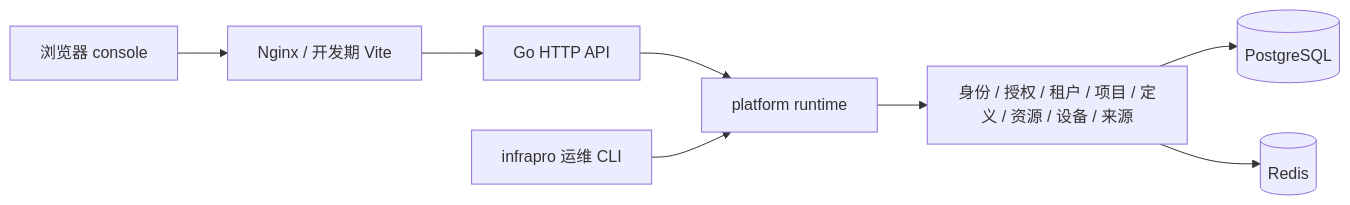
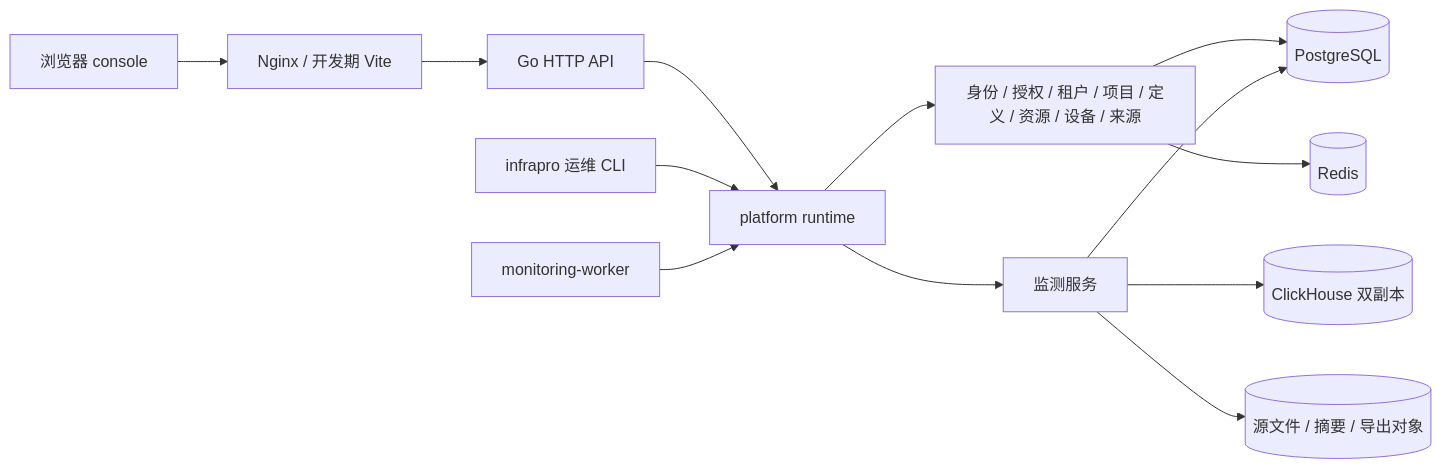
One commit to WenshuaiDev/InfraPro changed the first of 5 diagrams in docs/architecture.md. Above: the diagram before and after it, drawn with Mermaid. The commit also changed other lines of this file and 190 other files, not shown here.

````diff
--- a/docs/architecture.md
+++ b/docs/architecture.md
@@ -13,10 +13,15 @@
 ```mermaid
 flowchart LR
     User[浏览器 console] --> Web[Nginx / 开发期 Vite]
     Web --> API[Go HTTP API]
     API --> Runtime[platform runtime]
     CLI[infrapro 运维 CLI] --> Runtime
     Runtime --> Business[身份 / 授权 / 租户 / 项目 / 定义 / 资源 / 设备 / 来源]
     Business --> PG[(PostgreSQL)]
     Business --> Redis[(Redis)]
+    Worker[monitoring-worker] --> Runtime
+    Runtime --> Monitoring[监测服务]
+    Monitoring --> PG
+    Monitoring --> CH[(ClickHouse 双副本)]
+    Monitoring --> S3[(源文件 / 摘要 / 导出对象)]
 ```
````
